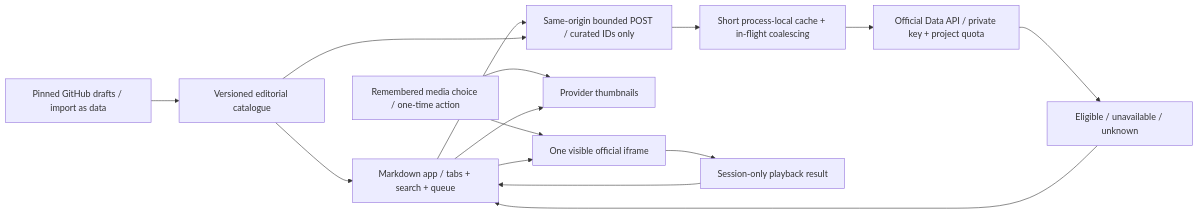
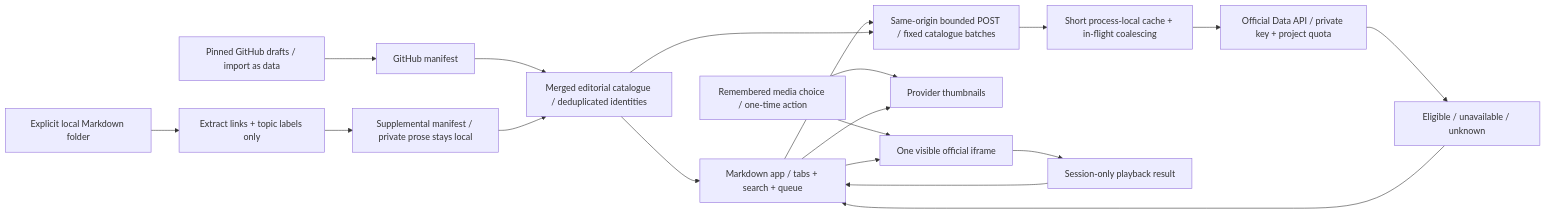
Before and after one commit to suvrotica/suvroghosh-in: diagram 26 of 42 in docs/architecture/ARCHITECTURE.md, drawn with Mermaid. The commit also changed other lines of this file and 24 other files, not shown here.

````diff
--- a/docs/architecture/ARCHITECTURE.md
+++ b/docs/architecture/ARCHITECTURE.md
@@ -1370,17 +1388,21 @@
 ```mermaid
 flowchart LR
-    Drafts["Pinned GitHub drafts / import as data"] --> Catalogue["Versioned editorial catalogue"]
+    Drafts["Pinned GitHub drafts / import as data"] --> Remote["GitHub manifest"]
+    Notes["Explicit local Markdown folder"] --> Extract["Extract links + topic labels only"]
+    Extract --> Local["Supplemental manifest / private prose stays local"]
+    Remote --> Catalogue["Merged editorial catalogue / deduplicated identities"]
+    Local --> Catalogue
     Catalogue --> Gallery["Markdown app / tabs + search + queue"]
-    Gallery --> Endpoint["Same-origin bounded POST / curated IDs only"]
+    Gallery --> Endpoint["Same-origin bounded POST / fixed catalogue batches"]
     Catalogue --> Endpoint
     Endpoint --> Cache["Short process-local cache + in-flight coalescing"]
     Cache --> Provider["Official Data API / private key + project quota"]
     Provider --> Screening["Eligible / unavailable / unknown"]
     Screening --> Gallery
     Consent["Remembered media choice / one-time action"] --> Images["Provider thumbnails"]
     Consent --> Player["One visible official iframe"]
     Gallery --> Images
     Gallery --> Player
     Player --> Failure["Session-only playback result"]
     Failure --> Gallery
 ```
````
